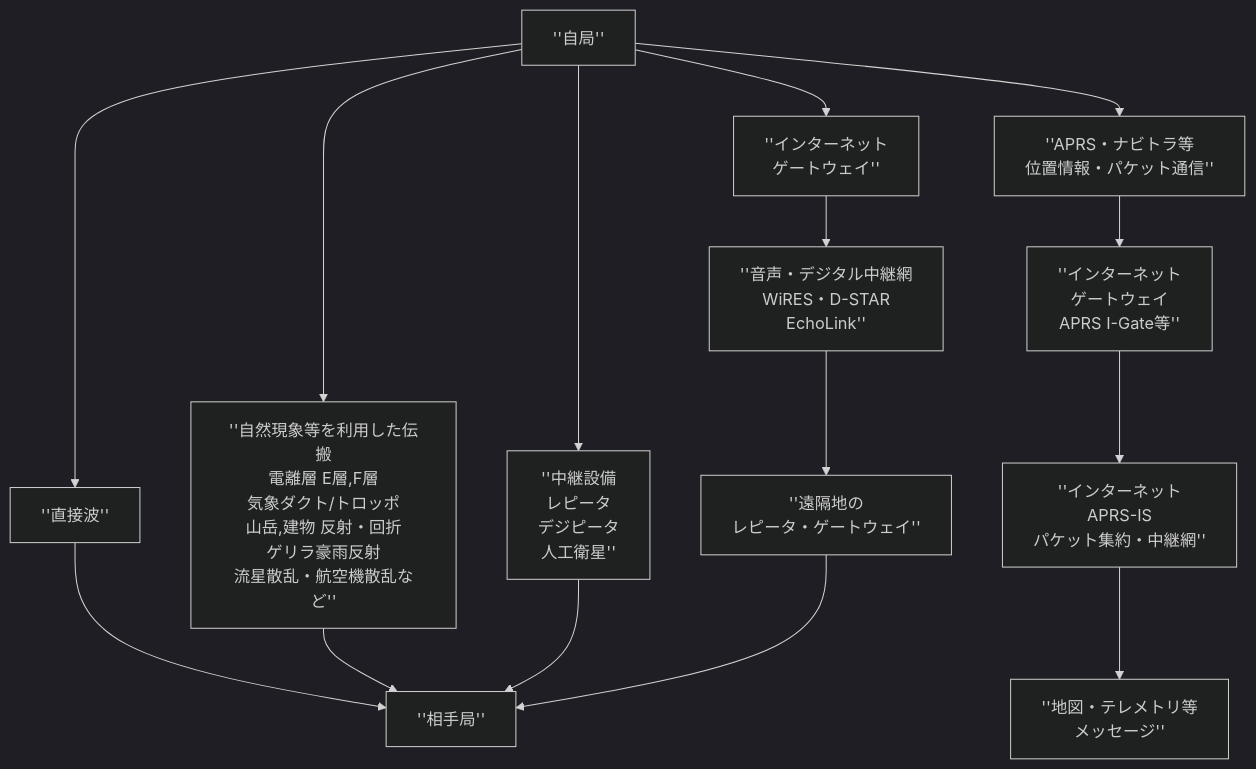
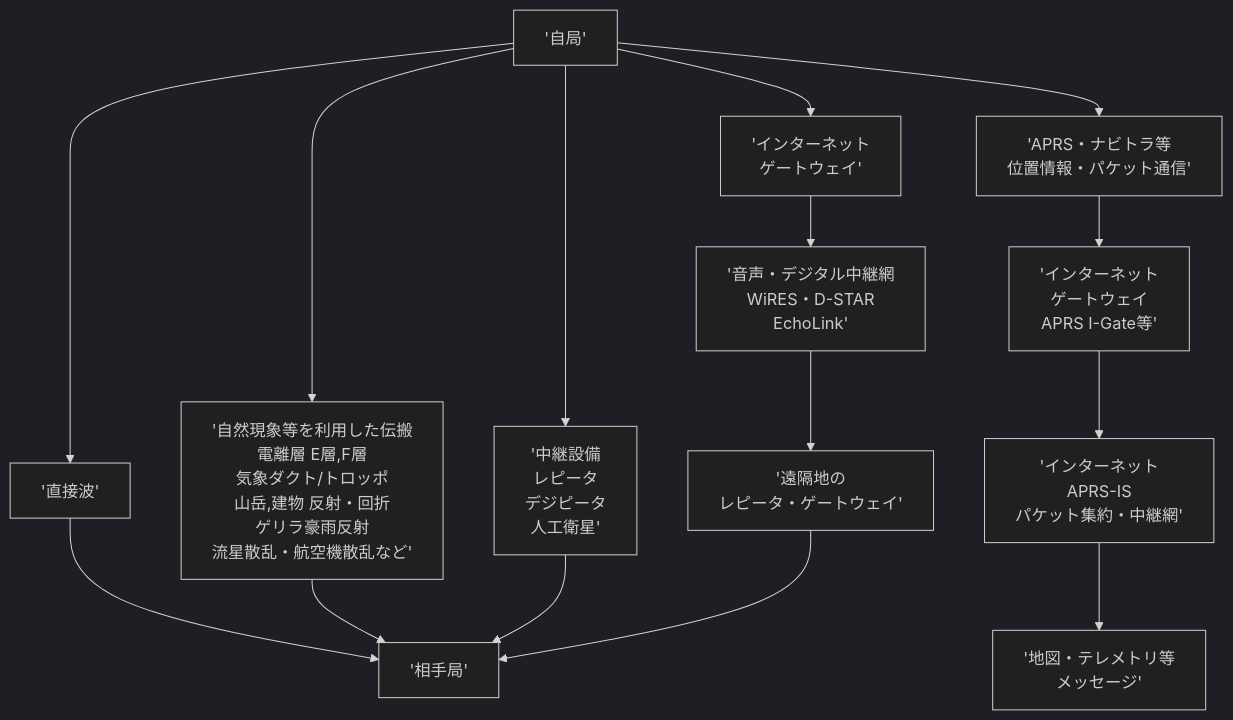
The second of 2 diagrams in docs/00_概要/アマチュア無線とは.md (CQAKIBA/AmateurRadio-Handbook), drawn with Mermaid (dark theme) before and after one commit. The commit also changed other lines of this file, not shown here.

Commit message:
Fix formatting issues in amateur radio documentation

````diff
--- a/docs/00_概要/アマチュア無線とは.md
+++ b/docs/00_概要/アマチュア無線とは.md
@@ -204,25 +204,25 @@
 ```mermaid
 ---
 config:
   markdownAutoWrap: false
 ---
 flowchart TB
-    A[''自局'']
-    B[''相手局'']
+    A["'自局'"]
+    B["'相手局'"]
 
-    A --> D[''直接波''] --> B
+    A --> D["'直接波'"] --> B
 
-    A --> N[''自然現象等を利用した伝搬<br>電離層 E層,F層<br>気象ダクト/トロッポ<br>山岳,建物 反射・回折<br>ゲリラ豪雨反射<br>流星散乱・航空機散乱など''] --> B
+    A --> N["'自然現象等を利用した伝搬<br>電離層 E層,F層<br>気象ダクト/トロッポ<br>山岳,建物 反射・回折<br>ゲリラ豪雨反射<br>流星散乱・航空機散乱など'"] --> B
 
-    A --> S[''中継設備<br>レピータ<br>デジピータ<br>人工衛星''] --> B
+    A --> S["'中継設備<br>レピータ<br>デジピータ<br>人工衛星'"] --> B
 
-    A --> R1[''インターネット<br>ゲートウェイ'']
-    R1 --> VOIP[''音声・デジタル中継網<br>WiRES・D-STAR<br>EchoLink'']
-    VOIP --> R2[''遠隔地の<br>レピータ・ゲートウェイ'']
+    A --> R1["'インターネット<br>ゲートウェイ'"]
+    R1 --> VOIP["'音声・デジタル中継網<br>WiRES・D-STAR<br>EchoLink'"]
+    VOIP --> R2["'遠隔地の<br>レピータ・ゲートウェイ'"]
     R2 --> B
 
-    A --> P[''APRS・ナビトラ等<br>位置情報・パケット通信'']
-    P --> IG[''インターネット<br>ゲートウェイ<br>APRS I-Gate等'']
-    IG --> IS[''インターネット<br>APRS-IS<br>パケット集約・中継網'']
-    IS --> APP[''地図・テレメトリ等<br>メッセージ'']
+    A --> P["'APRS・ナビトラ等<br>位置情報・パケット通信'"]
+    P --> IG["'インターネット<br>ゲートウェイ<br>APRS I-Gate等'"]
+    IG --> IS["'インターネット<br>APRS-IS<br>パケット集約・中継網'"]
+    IS --> APP["'地図・テレメトリ等<br>メッセージ'"]
 ```
````
